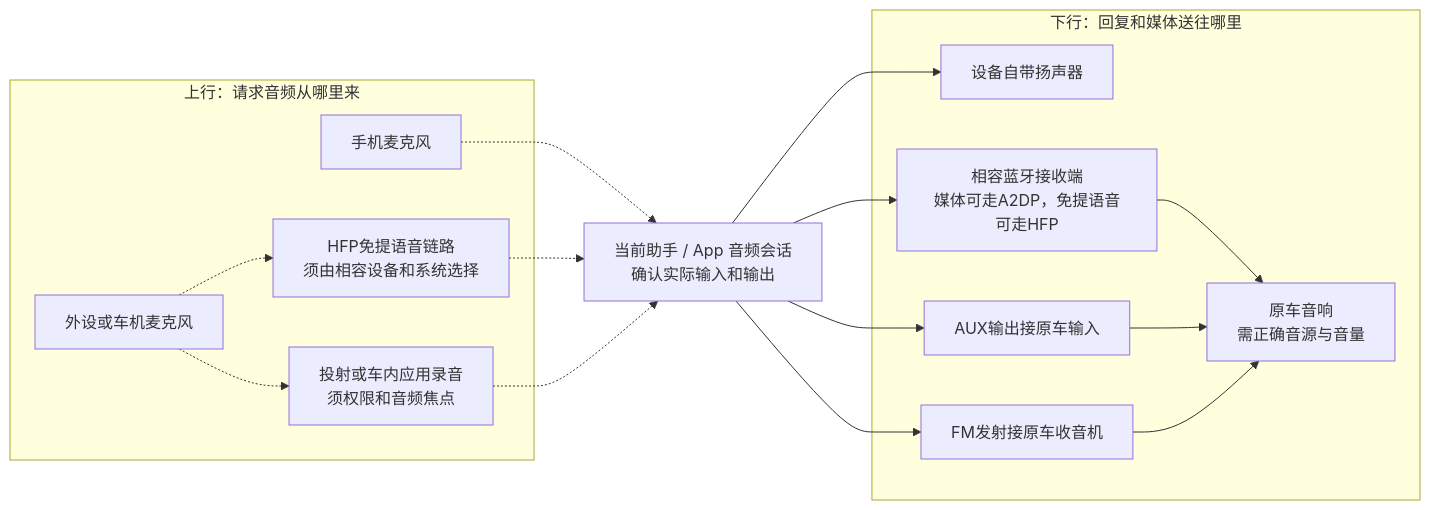
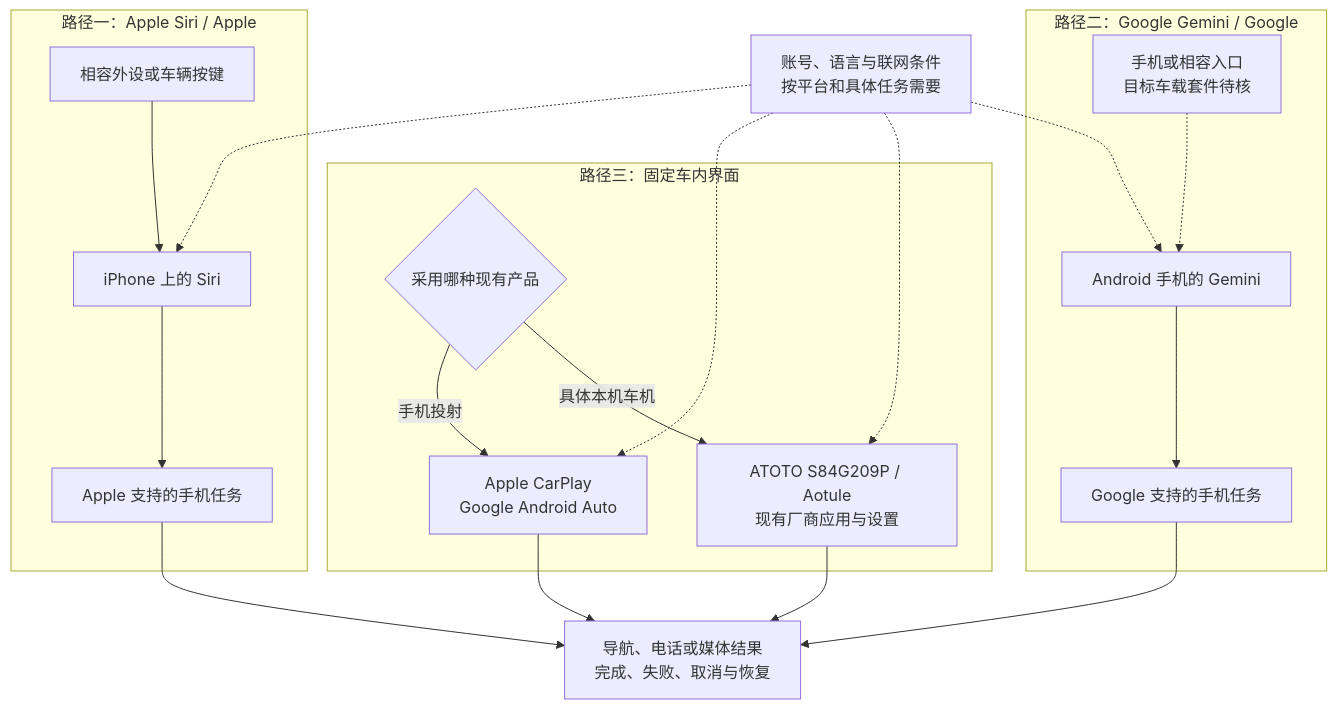
Before and after one commit to DreamSoul-AI/in-vehicle-ai-research: the diagram in dist/diagrams/fig-05.mmd, drawn with Mermaid. The commit also changed 45 other files, not shown here.

Commit message:
Deepen CarPlay integration routes and Android Auto comparison

```diff
--- a/dist/diagrams/fig-05.mmd
+++ b/dist/diagrams/fig-05.mmd
@@ -1,35 +1,30 @@
-%% title: 音频与麦克风路径
-%% 图4 音频与拾音的可选路径。分析示意，不代表全部链路可同时使用。
-%% 虚线输入需系统选择、权限与实机核对；实线表示所选输出路径。
-%% 来源 https://www.bluetooth.com/specifications/specs/hands-free-profile-1-10/
-%% 来源 https://developer.android.com/develop/connectivity/bluetooth/profiles
-%% 来源 https://developer.android.com/training/cars/apps/library/car-microphone
-%% 来源 https://support.avantree.com/hc/en-us/articles/50767188774937-How-to-Make-a-Call-by-Voice-Command
-%% 来源 https://carpuride.com/products/carpuride-w903-portable-smart-multimedia-dashboard-console-with-front-camera
-flowchart LR
-  subgraph INPUT["上行：请求音频从哪里来"]
-    PHONE_MIC["手机麦克风"]
-    DEVICE_MIC["外设或车机麦克风"]
-    HFP["HFP免提语音链路<br/>须由相容设备和系统选择"]
-    PROJECTION["投射或车内应用录音<br/>须权限和音频焦点"]
+%% title: 三种现有平台接入路径
+%% 分析示意；Gemini目标车载外设入口待核，不代表所有蓝牙套件兼容。
+%% 来源 https://support.apple.com/en-ie/guide/iphone/iph0aa8c80e6/27/ios/27
+%% 来源 https://support.google.com/gemini/answer/15456140?hl=en
+%% 来源 https://support.google.com/gemini/answer/16735982?hl=en
+%% 来源 https://www.atotodirect.com/en-gb/pages/manual-460-en
+flowchart TB
+  subgraph A["路径一：Apple Siri / Apple"]
+    A1["相容外设或车辆按键"] --> A2["iPhone 上的 Siri"]
+    A2 --> A3["Apple 支持的手机任务"]
   end
-  SESSION["当前助手 / App 音频会话<br/>确认实际输入和输出"]
-  PHONE_MIC -.-> SESSION
-  DEVICE_MIC -.-> HFP
-  DEVICE_MIC -.-> PROJECTION
-  HFP -.-> SESSION
-  PROJECTION -.-> SESSION
-  subgraph OUTPUT["下行：回复和媒体送往哪里"]
-    OWN["设备自带扬声器"]
-    BT["相容蓝牙接收端<br/>媒体可走A2DP，免提语音可走HFP"]
-    AUX["AUX输出接原车输入"]
-    FM["FM发射接原车收音机"]
-    CAR["原车音响<br/>需正确音源与音量"]
-    BT --> CAR
-    AUX --> CAR
-    FM --> CAR
+  subgraph B["路径二：Google Gemini / Google"]
+    B1["手机或相容入口<br/>目标车载套件待核"] -.-> B2["Android 手机的 Gemini"]
+    B2 --> B3["Google 支持的手机任务"]
   end
-  SESSION --> OWN
-  SESSION --> BT
-  SESSION --> AUX
-  SESSION --> FM
+  subgraph C["路径三：固定车内界面"]
+    C1{"采用哪种现有产品"}
+    C1 -->|"手机投射"| C2["Apple CarPlay<br/>Google Android Auto"]
+    C1 -->|"具体本机车机"| C3["ATOTO S84G209P / Aotule<br/>现有厂商应用与设置"]
+  end
+  SERVICE["账号、语言与联网条件<br/>按平台和具体任务需要"]
+  RESULT["导航、电话或媒体结果<br/>完成、失败、取消与恢复"]
+  SERVICE -.-> A2
+  SERVICE -.-> B2
+  SERVICE -.-> C2
+  SERVICE -.-> C3
+  A3 --> RESULT
+  B3 --> RESULT
+  C2 --> RESULT
+  C3 --> RESULT
```
